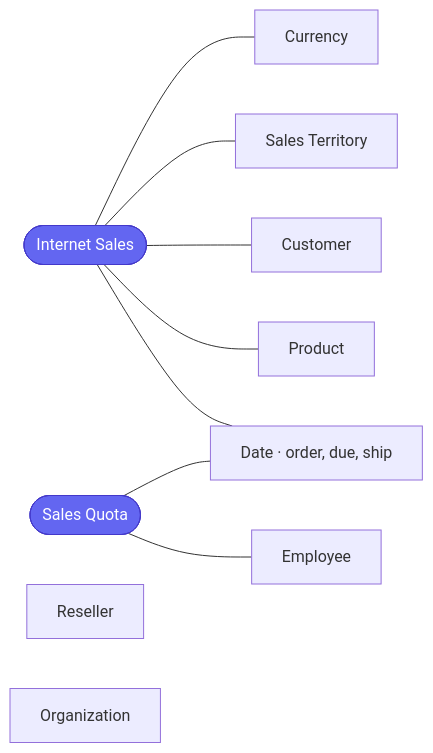
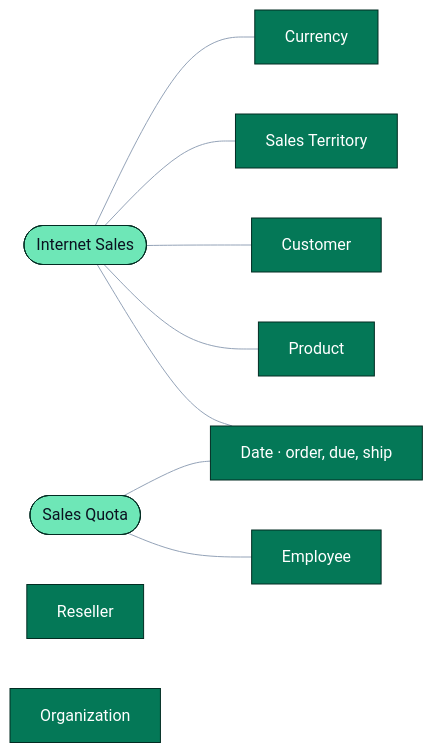
Before and after one commit to devjwk/cpre4140-data-warehouse: the diagram in README.md, drawn with Mermaid. The commit also changed other lines of this file and 2 other files, not shown here.

Commit message:
Add concept banner and color theme to README

````diff
--- a/README.md
+++ b/README.md
@@ -48,15 +44,16 @@
 ```mermaid
+%%{init: {"theme": "base", "themeVariables": {"primaryColor": "#047857", "primaryTextColor": "#ffffff", "primaryBorderColor": "#022C22", "lineColor": "#94A3B8", "secondaryColor": "#047857", "tertiaryColor": "#022C22", "clusterBkg": "#F8FAFC", "clusterBorder": "#94A3B8", "edgeLabelBackground": "#F1F5F9", "fontFamily": "ui-sans-serif, system-ui, sans-serif"}}}%%
 flowchart LR
     IS(["Internet Sales"]):::fact
     SQ(["Sales Quota"]):::fact
     IS --- D1["Date · order, due, ship"]
     IS --- PR["Product"]
     IS --- CU["Customer"]
     IS --- ST["Sales Territory"]
     IS --- CY["Currency"]
     SQ --- EM["Employee"]
     SQ --- D1
     RE["Reseller"]
     ORG["Organization"]
-    classDef fact fill:#6366F1,color:#ffffff,stroke:#4338CA
+    classDef fact fill:#6EE7B7,color:#0B1220,stroke:#022C22
 ```
````
